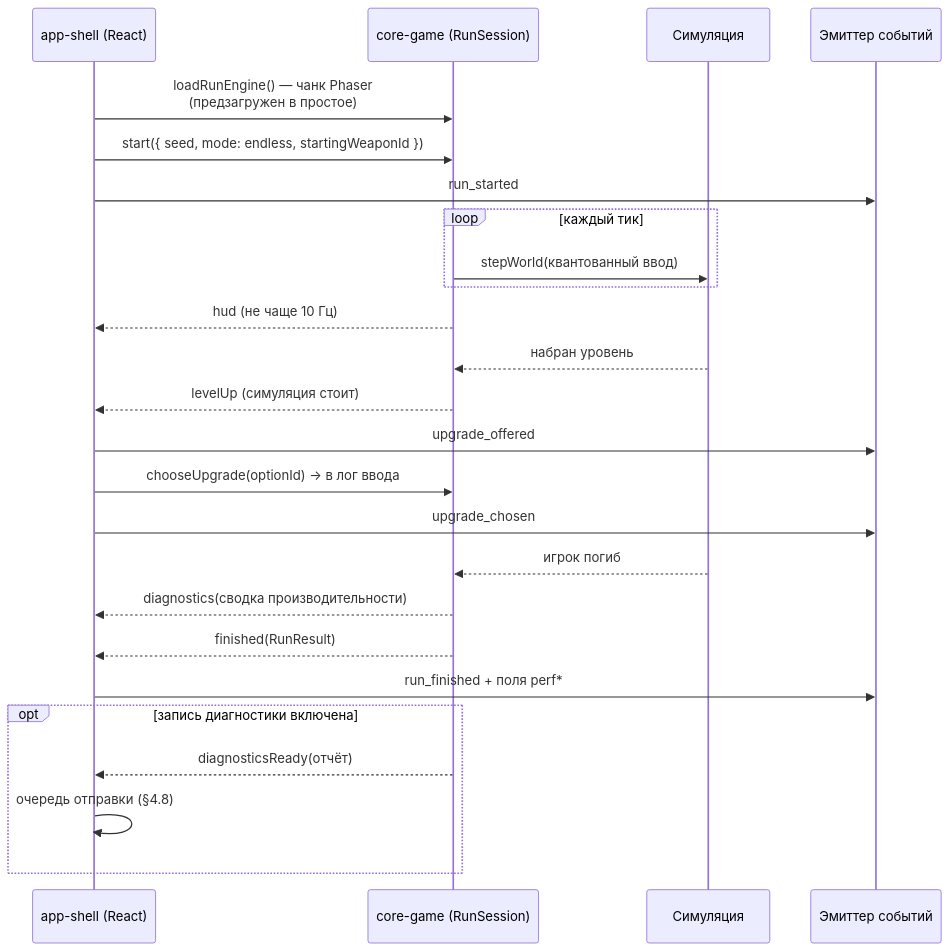
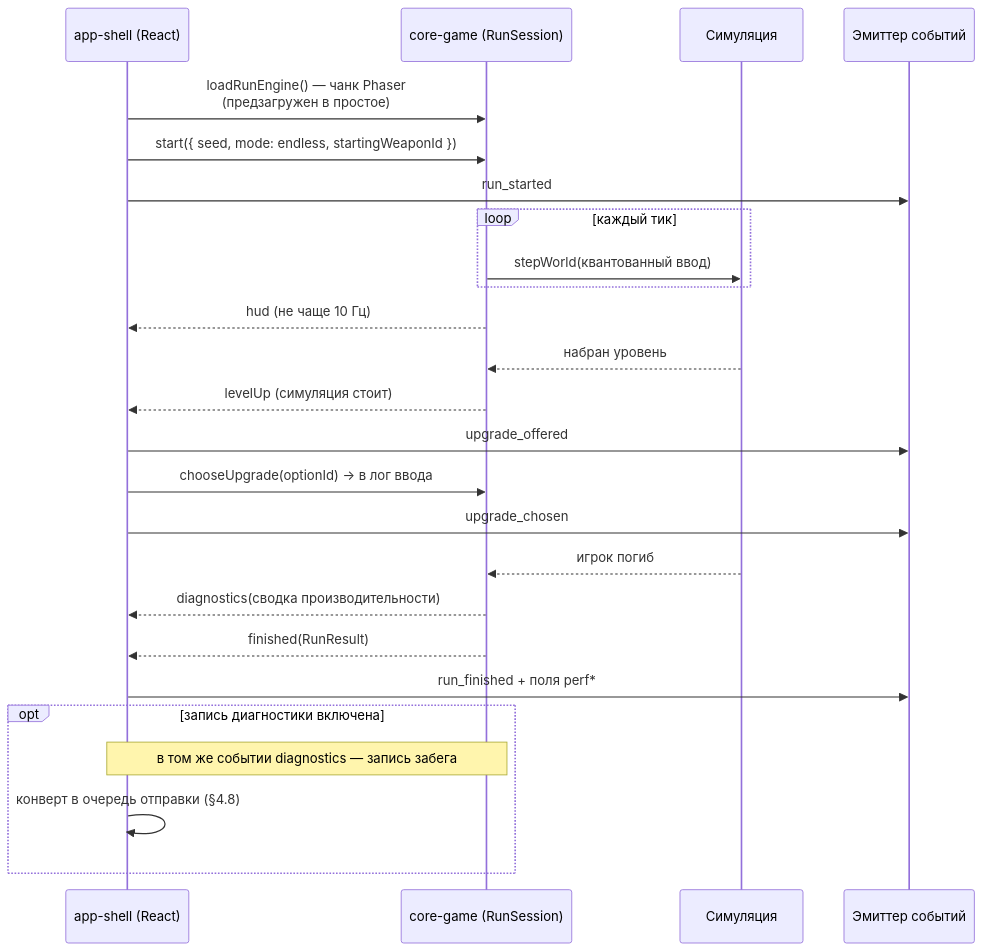
One commit to JJSGxKD/rubezh changed diagram 14 of 22 in docs/21-diagrams.md. Above: the diagram before and after it, drawn with Mermaid. The commit also changed other lines of this file and 16 other files, not shown here.

````diff
--- a/docs/21-diagrams.md
+++ b/docs/21-diagrams.md
@@ -819,28 +819,28 @@
 ```mermaid
 sequenceDiagram
     participant UI as app-shell (React)
     participant E as core-game (RunSession)
     participant S as Симуляция
     participant T as Эмиттер событий
 
     UI->>E: loadRunEngine() — чанк Phaser<br/>(предзагружен в простое)
     UI->>E: start({ seed, mode: endless, startingWeaponId })
     UI->>T: run_started
     loop каждый тик
         E->>S: stepWorld(квантованный ввод)
     end
     E-->>UI: hud (не чаще 10 Гц)
     S-->>E: набран уровень
     E-->>UI: levelUp (симуляция стоит)
     UI->>T: upgrade_offered
     UI->>E: chooseUpgrade(optionId) → в лог ввода
     UI->>T: upgrade_chosen
     S-->>E: игрок погиб
     E-->>UI: diagnostics(сводка производительности)
     E-->>UI: finished(RunResult)
     UI->>T: run_finished + поля perf*
     opt запись диагностики включена
-        E-->>UI: diagnosticsReady(отчёт)
-        UI->>UI: очередь отправки (§4.8)
+        Note over E,UI: в том же событии diagnostics — запись забега
+        UI->>UI: конверт в очередь отправки (§4.8)
     end
 ```
````
